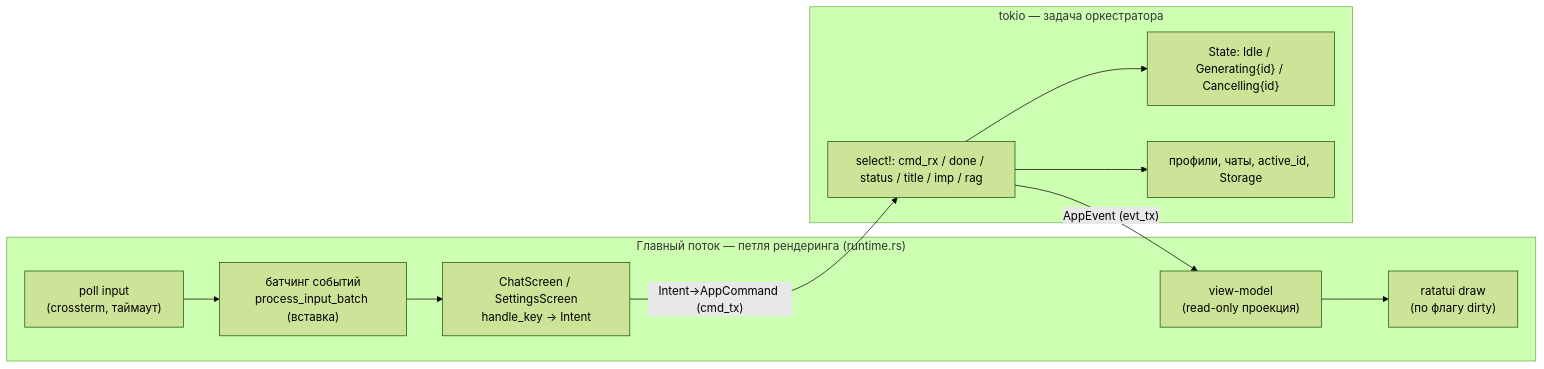
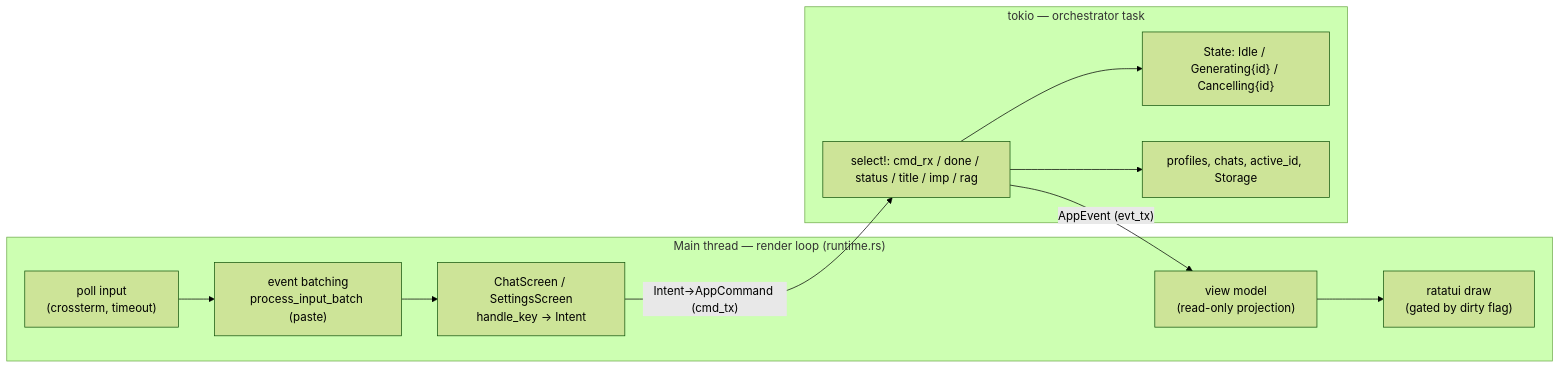
One commit to vshylov/mindfork-rs changed the third of 17 diagrams in docs/architecture.md. Above: the diagram before and after it, drawn with Mermaid (forest theme). The commit also changed other lines of this file and 18 other files, not shown here.

````diff
--- a/docs/architecture.md
+++ b/docs/architecture.md
@@ -353,22 +358,22 @@
 ```mermaid
 flowchart LR
-    subgraph MAIN["Главный поток — петля рендеринга (runtime.rs)"]
-        POLL["poll input<br/>(crossterm, таймаут)"]
-        BATCH["батчинг событий<br/>process_input_batch (вставка)"]
+    subgraph MAIN["Main thread — render loop (runtime.rs)"]
+        POLL["poll input<br/>(crossterm, timeout)"]
+        BATCH["event batching<br/>process_input_batch (paste)"]
         SCREEN["ChatScreen / SettingsScreen<br/>handle_key → Intent"]
-        VIEW["view-model<br/>(read-only проекция)"]
-        DRAW["ratatui draw<br/>(по флагу dirty)"]
+        VIEW["view model<br/>(read-only projection)"]
+        DRAW["ratatui draw<br/>(gated by dirty flag)"]
     end
-    subgraph TASK["tokio — задача оркестратора"]
+    subgraph TASK["tokio — orchestrator task"]
         LOOP["select!: cmd_rx / done / status / title / imp / rag"]
         STATE["State: Idle / Generating{id} / Cancelling{id}"]
-        DOMAIN["профили, чаты, active_id, Storage"]
+        DOMAIN["profiles, chats, active_id, Storage"]
     end
 
     POLL --> BATCH --> SCREEN
     SCREEN -- "Intent→AppCommand (cmd_tx)" --> LOOP
     LOOP --> STATE
     LOOP --> DOMAIN
     LOOP -- "AppEvent (evt_tx)" --> VIEW
     VIEW --> DRAW
 ```
````
